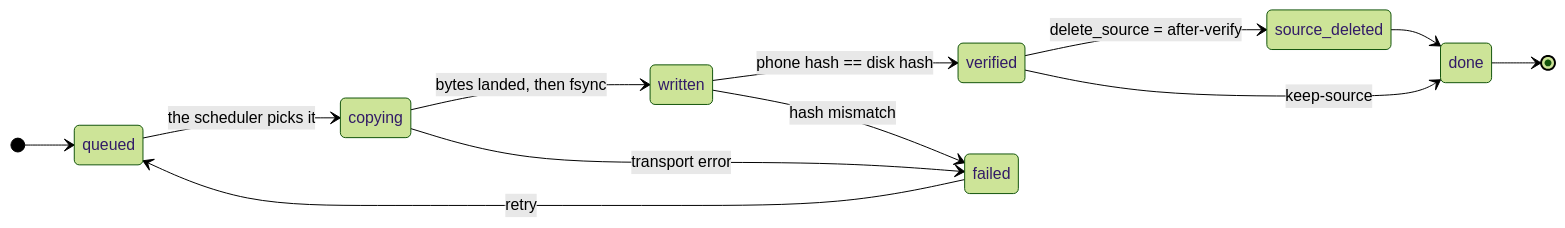
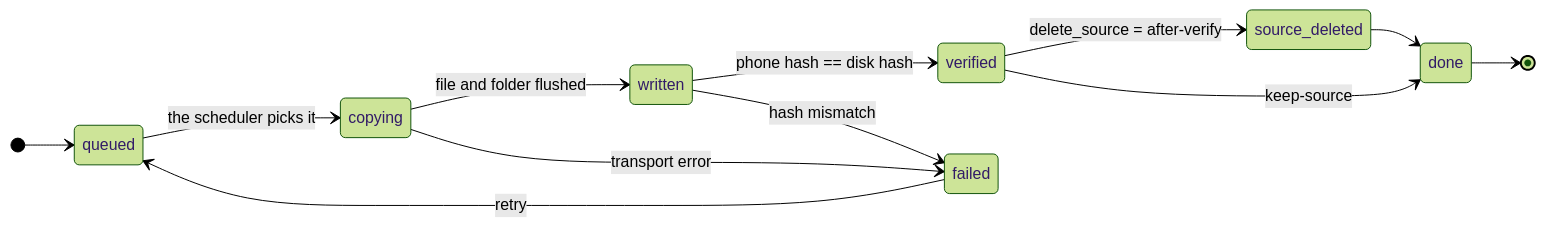
One commit to Michael-Obele/portage changed the diagram in README.md. Above: the diagram before and after it, drawn with Mermaid (forest theme). The commit also changed other lines of this file and 4 other files, not shown here.

````diff
--- a/README.md
+++ b/README.md
@@ -70,15 +70,15 @@
 ```mermaid
 stateDiagram-v2
     direction LR
     [*] --> queued
     queued --> copying: the scheduler picks it
-    copying --> written: bytes landed, then fsync
+    copying --> written: file and folder flushed
     copying --> failed: transport error
     written --> verified: phone hash == disk hash
     written --> failed: hash mismatch
     verified --> source_deleted: delete_source = after-verify
     verified --> done: keep-source
     source_deleted --> done
     failed --> queued: retry
     done --> [*]
 ```
````
